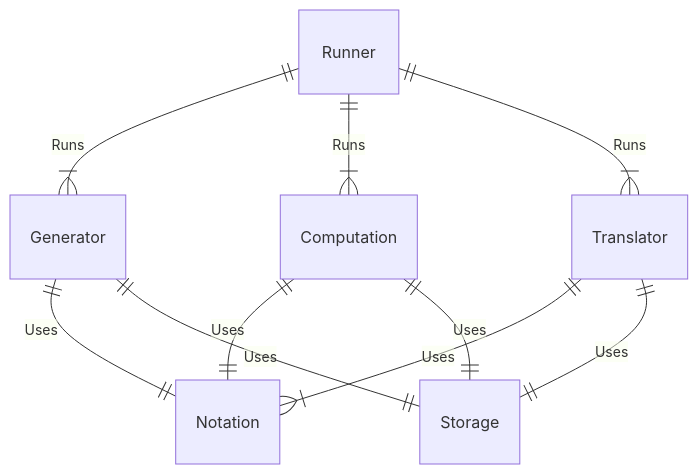
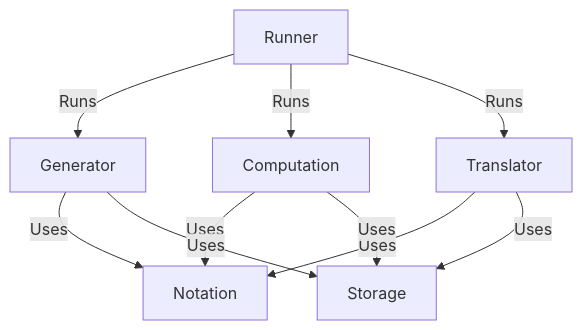
Before and after one commit to Joecstarr/joe-starr.com: the second of 2 diagrams in content/slides/Lightning.md, drawn with Mermaid. The commit also changed other lines of this file and 8 other files, not shown here.

````diff
--- a/content/slides/Lightning.md
+++ b/content/slides/Lightning.md
@@ -62,12 +67,13 @@
 ```mermaid
-erDiagram
-    Runner ||--|{ Generator : Runs
-    Runner ||--|{ Computation : Runs
-    Runner ||--|{ Translator : Runs
-    Translator ||--|{ Notation : Uses
-    Generator ||--||Notation : Uses
-    Computation ||--||Notation : Uses
-    Generator ||--||Storage : Uses
-    Computation||--||Storage : Uses
-    Translator ||--|| Storage : Uses
+%%{init: {"securityLevel": "loose"}}%%
+flowchart
+    Runner      -->|Runs| Generator
+    Runner      -->|Runs| Computation
+    Runner      -->|Runs| Translator
+    Translator  -->|Uses| Notation
+    Generator   -->|Uses| Notation
+    Computation -->|Uses| Notation
+    Generator   -->|Uses| Storage
+    Computation -->|Uses| Storage
+    Translator  -->|Uses| Storage
 ```
````
